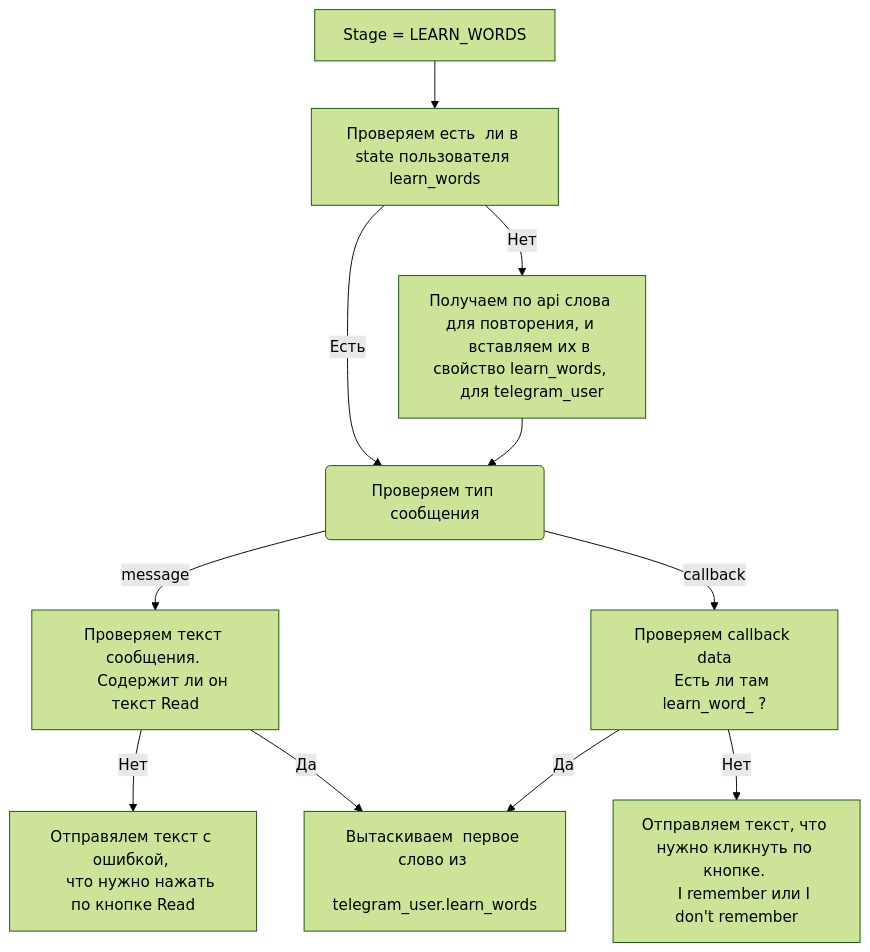
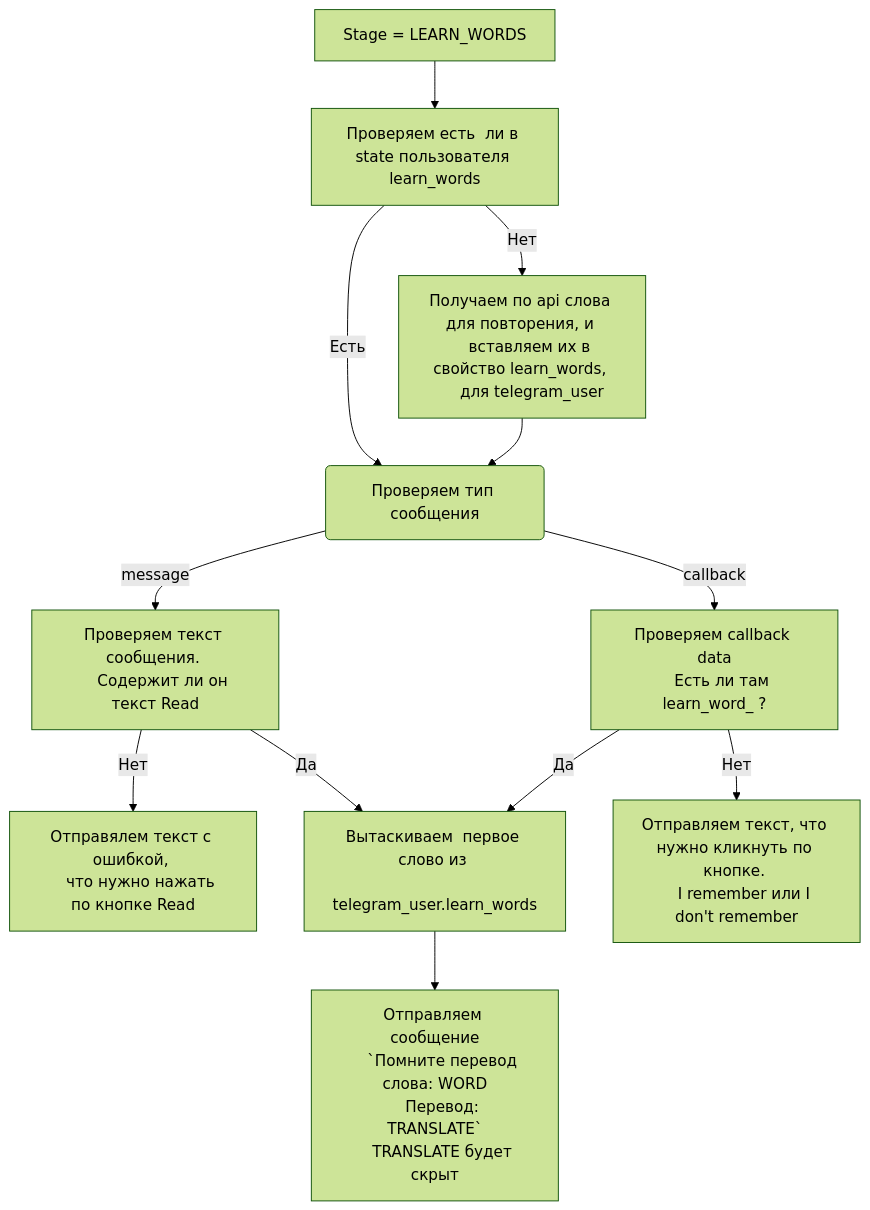
Before and after one commit to psgaiduk/learning_en_telegram_bot: the diagram in documentation/leran_words.md, drawn with Mermaid (forest theme).

Commit message:
docs(documentation): add send_message to LEARN_WORDS

````diff
--- a/documentation/leran_words.md
+++ b/documentation/leran_words.md
@@ -1,22 +1,26 @@
 ```mermaid
 graph TD;
     start[Stage = LEARN_WORDS] --> check_state_words[Проверяем есть  ли в state пользователя learn_words];
     check_state_words-->|Нет| dont_have_words[
     Получаем по api слова для повторения, и 
     вставляем их в свойство learn_words, 
     для telegram_user
     ]
     check_state_words --> |Есть| check_type_message(Проверяем тип сообщения)
     dont_have_words --> check_type_message
     check_type_message --> |message| check_test_message[Проверяем текст сообщения. 
     Содержит ли он текст Read]
     check_type_message --> |callback| check_callback_data[Проверяем callback data
     Есть ли там learn_word_ ?]
     check_test_message --> |Нет| wrong_text_message[Отправялем текст с ошибкой, 
     что нужно нажать по кнопке Read]
     check_test_message --> |Да| get_first_word[Вытаскиваем  первое слово из 
     telegram_user.learn_words]
     check_callback_data --> |Да| get_first_word
     check_callback_data --> |Нет| wrong_callback_data[Отправляем текст, что нужно кликнуть по кнопке. 
     I remember или I don't remember]
+    get_first_word --> send_message[Отправляем сообщение
+    `Помните перевод слова: WORD
+    Перевод: TRANSLATE`
+    TRANSLATE будет скрыт]
 ```
````
